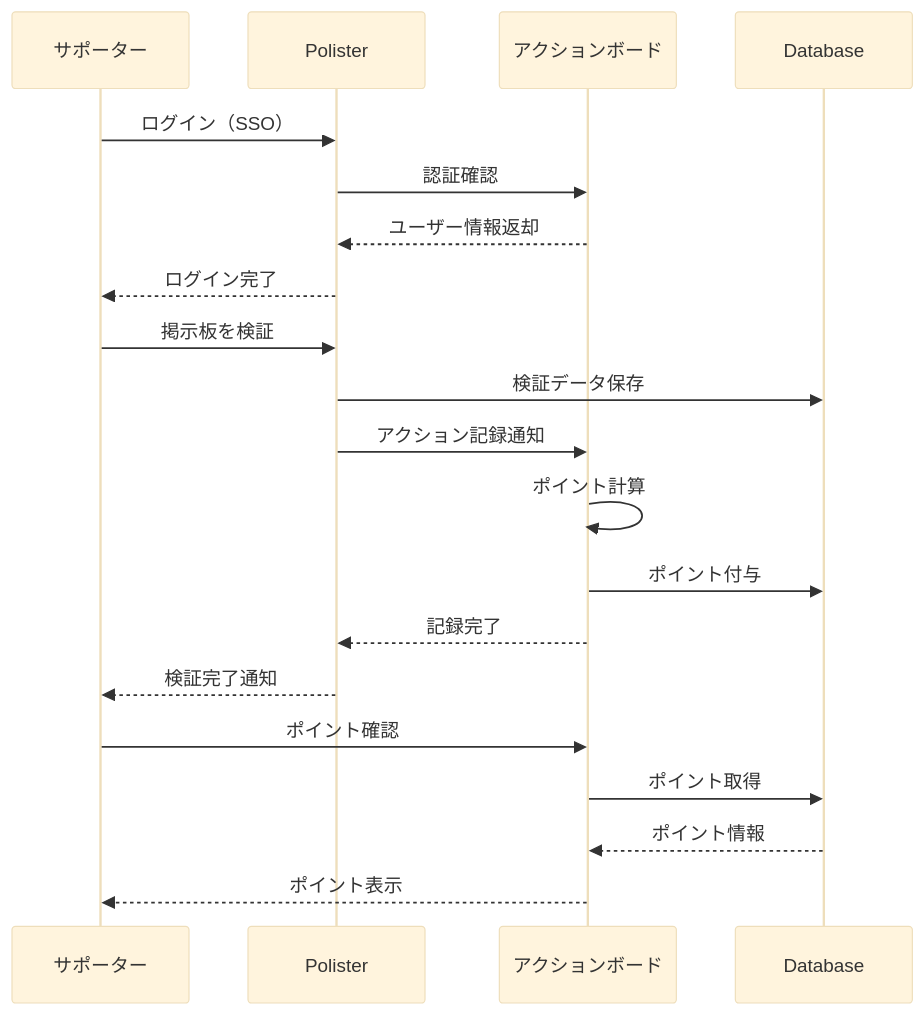
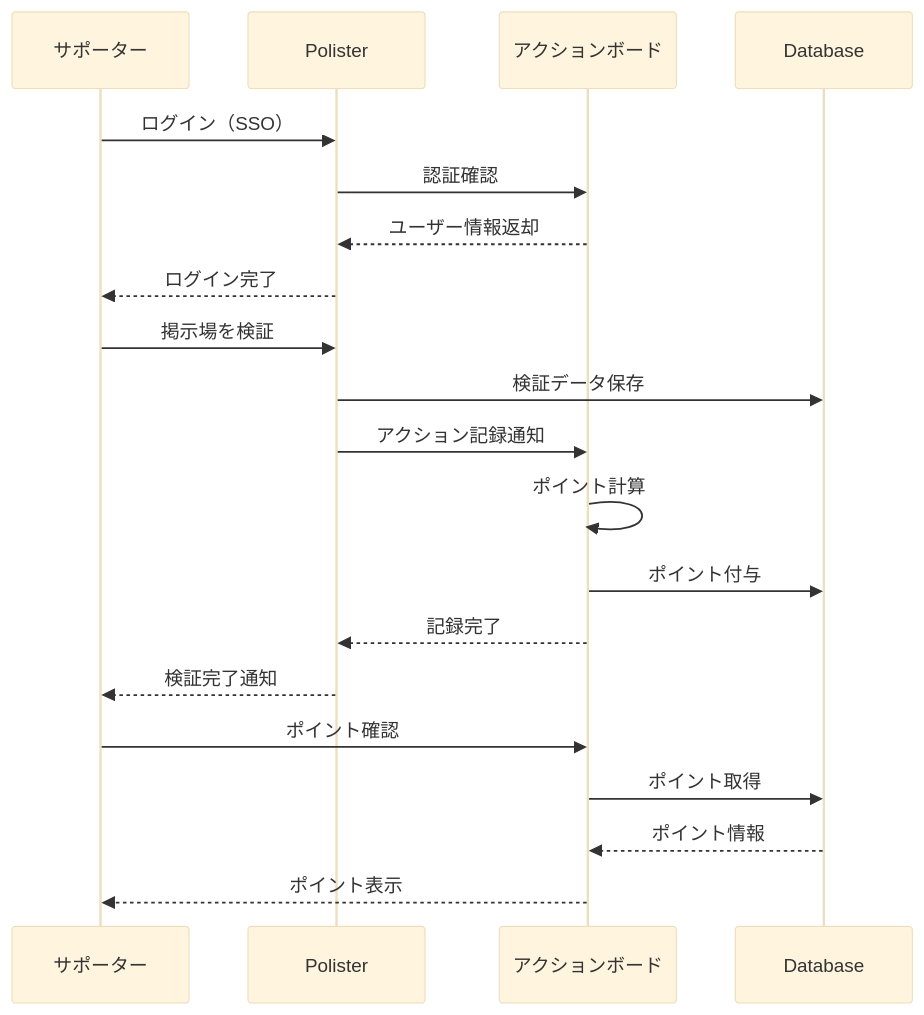
The fourth of 8 diagrams in docs/docs/requirements/project-overview.md (team-mirai-volunteer/polister), drawn with Mermaid (base theme) before and after one commit. The commit also changed other lines of this file and 87 other files, not shown here.

````diff
--- a/docs/docs/requirements/project-overview.md
+++ b/docs/docs/requirements/project-overview.md
@@ -189,25 +189,25 @@
 ```mermaid
 sequenceDiagram
     participant U as サポーター
     participant P as Polister
     participant A as アクションボード
     participant DB as Database
 
     U->>P: ログイン（SSO）
     P->>A: 認証確認
     A-->>P: ユーザー情報返却
     P-->>U: ログイン完了
 
-    U->>P: 掲示板を検証
+    U->>P: 掲示場を検証
     P->>DB: 検証データ保存
     P->>A: アクション記録通知
     A->>A: ポイント計算
     A->>DB: ポイント付与
     A-->>P: 記録完了
     P-->>U: 検証完了通知
 
     U->>A: ポイント確認
     A->>DB: ポイント取得
     DB-->>A: ポイント情報
     A-->>U: ポイント表示
 ```
````
